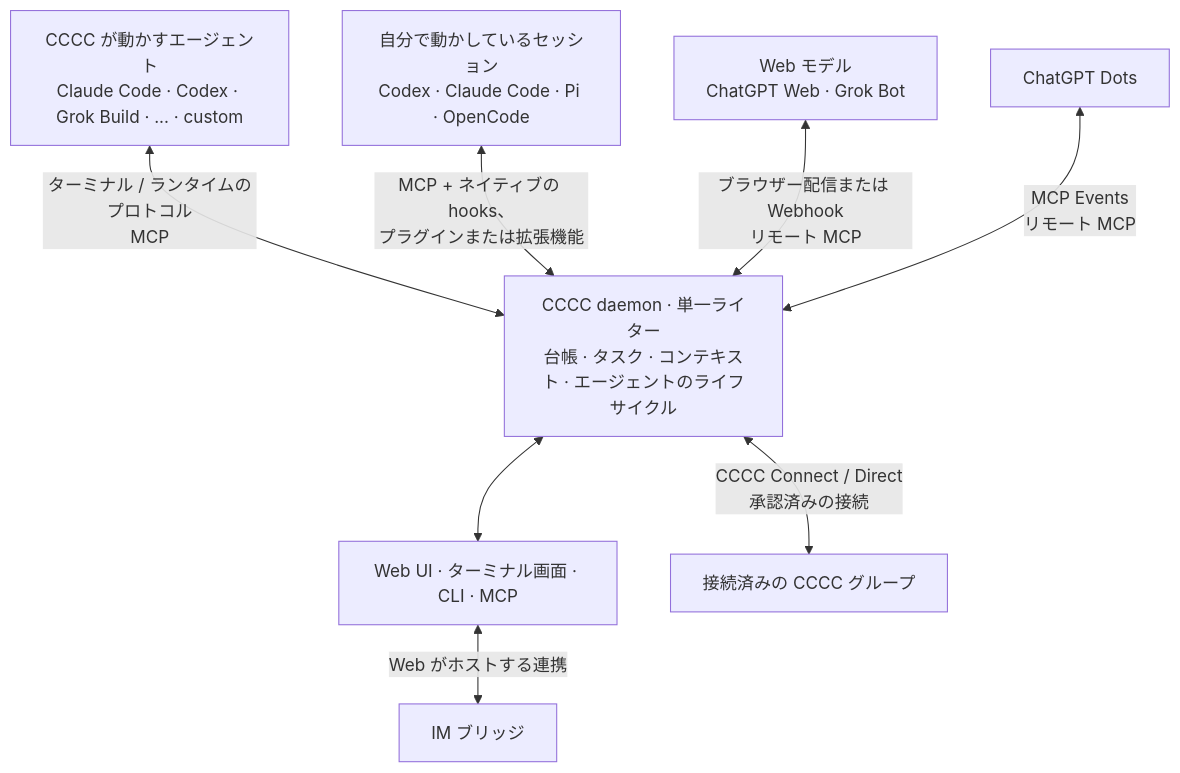
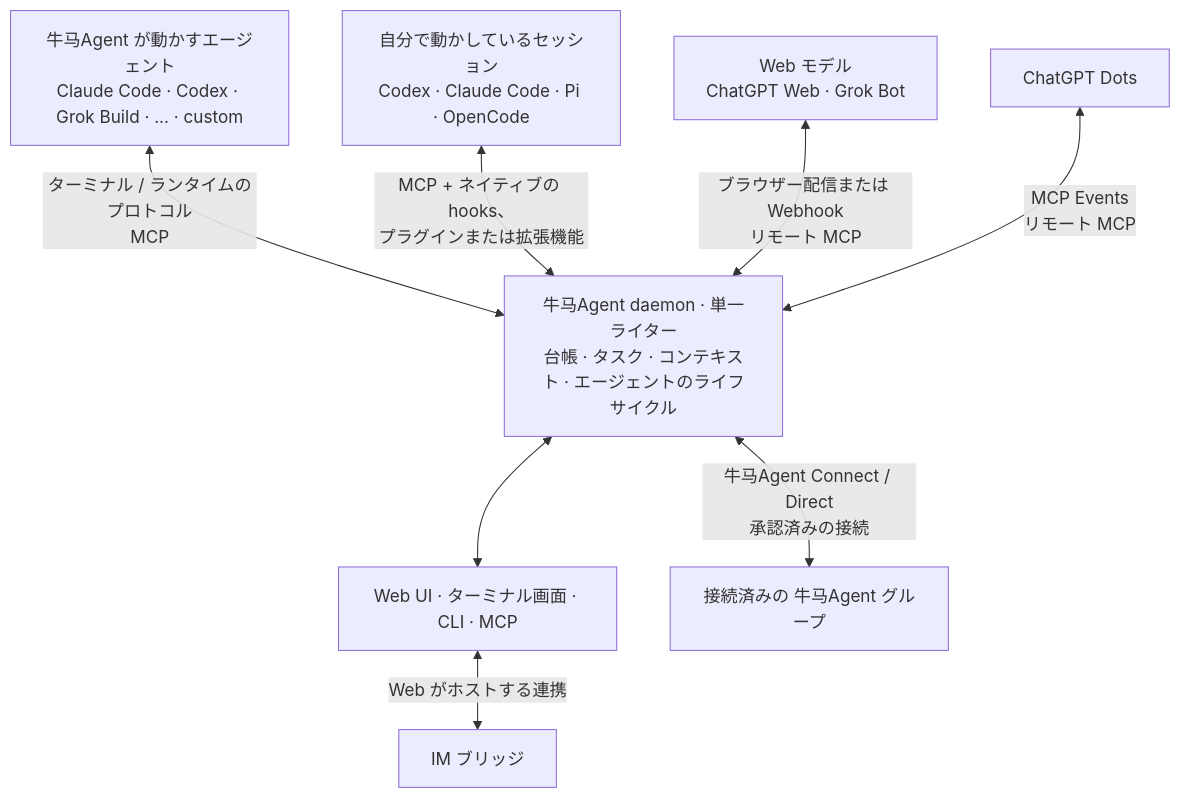
Before and after one commit to konoooo/niuma-agent: the diagram in README.ja.md, drawn with Mermaid. The commit also changed other lines of this file and 2590 other files, not shown here.

````diff
--- a/README.ja.md
+++ b/README.ja.md
@@ -304,19 +285,19 @@
 ```mermaid
 graph TB
-    M["CCCC が動かすエージェント<br/>Claude Code · Codex · Grok Build · ... · custom"]
+    M["牛马Agent が動かすエージェント<br/>Claude Code · Codex · Grok Build · ... · custom"]
     N["自分で動かしているセッション<br/>Codex · Claude Code · Pi · OpenCode"]
     W["Web モデル<br/>ChatGPT Web · Grok Bot"]
     D["ChatGPT Dots"]
-    Daemon["CCCC daemon · 単一ライター<br/>台帳 · タスク · コンテキスト · エージェントのライフサイクル"]
+    Daemon["牛马Agent daemon · 単一ライター<br/>台帳 · タスク · コンテキスト · エージェントのライフサイクル"]
     Ports["Web UI · ターミナル画面 · CLI · MCP"]
     IM["IM ブリッジ"]
-    Remote["接続済みの CCCC グループ"]
+    Remote["接続済みの 牛马Agent グループ"]
 
     M <-->|ターミナル / ランタイムのプロトコル<br/>MCP| Daemon
     N <-->|MCP + ネイティブの hooks、<br/>プラグインまたは拡張機能| Daemon
     W <-->|ブラウザー配信または Webhook<br/>リモート MCP| Daemon
     D <-->|MCP Events<br/>リモート MCP| Daemon
     Daemon <--> Ports
     Ports <-->|Web がホストする連携| IM
-    Daemon <-->|CCCC Connect / Direct<br/>承認済みの接続| Remote
+    Daemon <-->|牛马Agent Connect / Direct<br/>承認済みの接続| Remote
 ```
````
